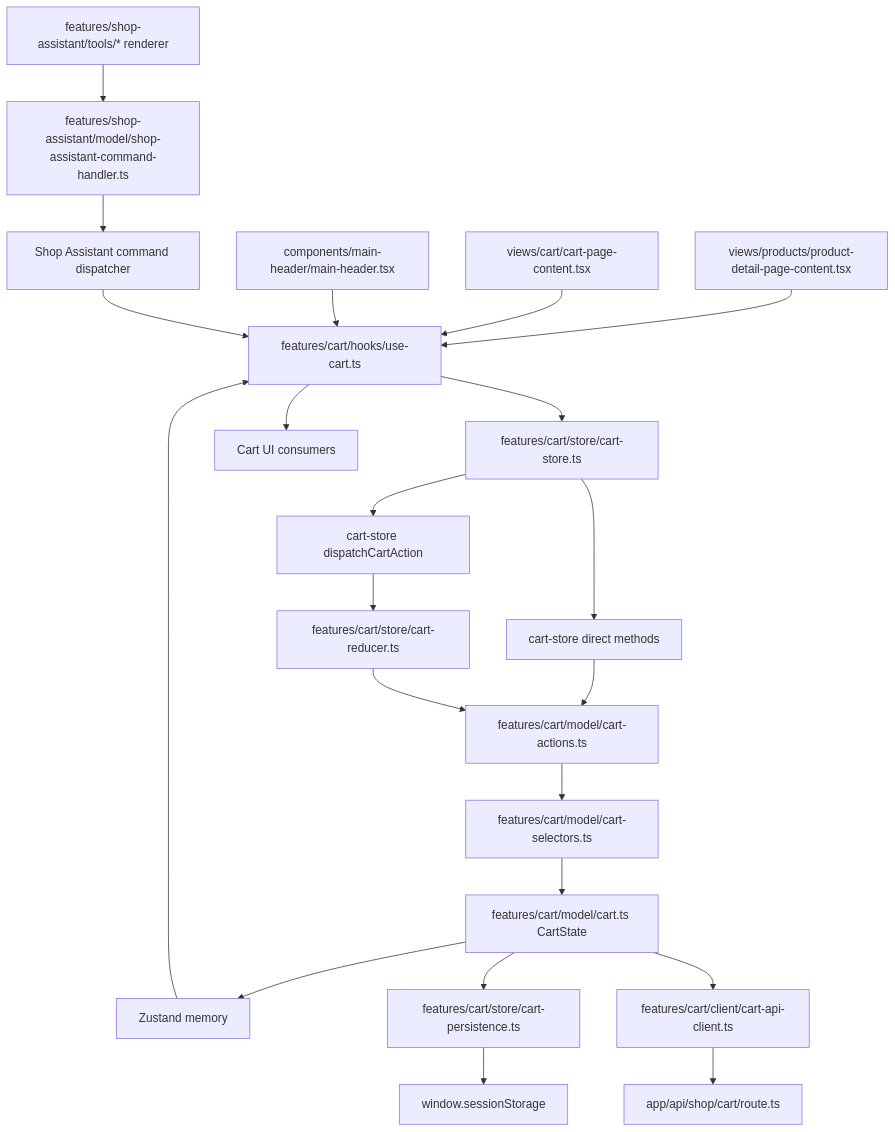
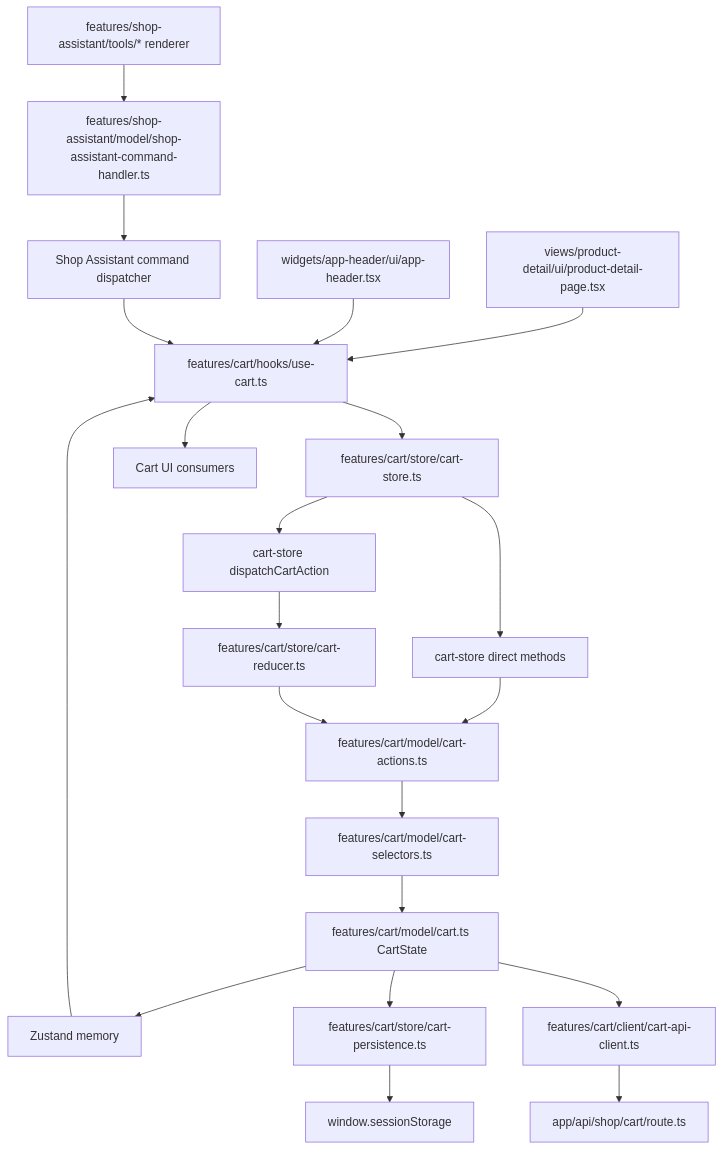
One commit to SheriffKoder/shopmate-ai-product-assistant changed the diagram in features/cart/architecture.md. Above: the diagram before and after it, drawn with Mermaid. The commit also changed other lines of this file and 17 other files, not shown here.

````diff
--- a/features/cart/architecture.md
+++ b/features/cart/architecture.md
@@ -5,28 +5,27 @@
 ```mermaid
 flowchart TD
-    ProductPage[views/products/product-detail-page-content.tsx] --> Hook[features/cart/hooks/use-cart.ts]
-    CartPage[views/cart/cart-page-content.tsx] --> Hook
-    Header[components/main-header/main-header.tsx] --> Hook
+    ProductPage[views/product-detail/ui/product-detail-page.tsx] --> Hook[features/cart/hooks/use-cart.ts]
+    Header[widgets/app-header/ui/app-header.tsx] --> Hook
     Assistant[features/shop-assistant/tools/* renderer] --> Command[features/shop-assistant/model/shop-assistant-command-handler.ts]
     Command --> Handler[Shop Assistant command dispatcher]
     Handler --> Hook
 
     Hook --> Store[features/cart/store/cart-store.ts]
 
     Store --> Direct[cart-store direct methods]
     Store --> Dispatch[cart-store dispatchCartAction]
     Dispatch --> Reducer[features/cart/store/cart-reducer.ts]
     Direct --> Actions[features/cart/model/cart-actions.ts]
     Reducer --> Actions
     Actions --> Selectors[features/cart/model/cart-selectors.ts]
     Selectors --> NextState[features/cart/model/cart.ts CartState]
 
     NextState --> Memory[Zustand memory]
     NextState --> Persist[features/cart/store/cart-persistence.ts]
     Persist --> Session[window.sessionStorage]
     NextState --> ApiClient[features/cart/client/cart-api-client.ts]
     ApiClient --> ApiRoute[app/api/shop/cart/route.ts]
 
     Memory --> Hook
     Hook --> Consumers[Cart UI consumers]
 ```
````
